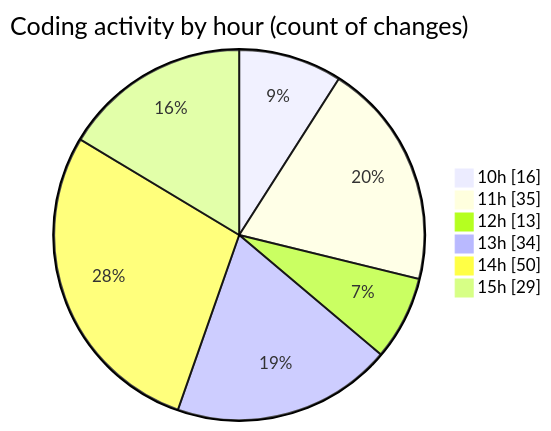
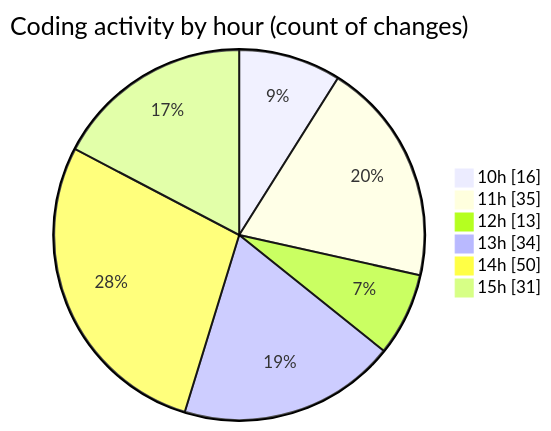
Before and after one commit to charlie-sans/code-tracking: the second of 2 diagrams in 2025-02-20/micros/README.md, drawn with Mermaid. The commit also changed other lines of this file and 1 other file, not shown here.

````diff
--- a/2025-02-20/micros/README.md
+++ b/2025-02-20/micros/README.md
@@ -59,10 +60,10 @@
 ```mermaid
 pie showData
 title Coding activity by hour (count of changes)
 "10h" : 16
 "11h" : 35
 "12h" : 13
 "13h" : 34
 "14h" : 50
-"15h" : 29
+"15h" : 31
 ```
````
